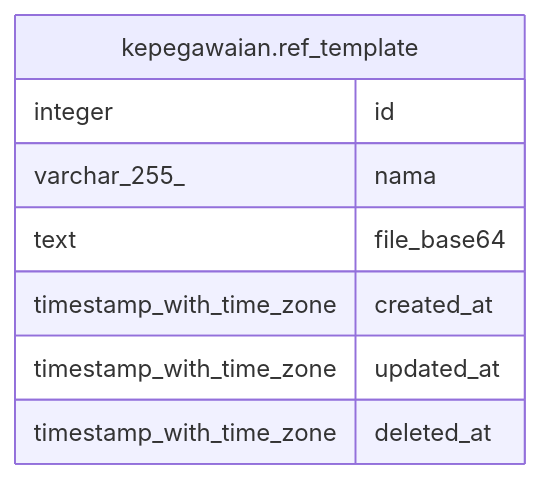
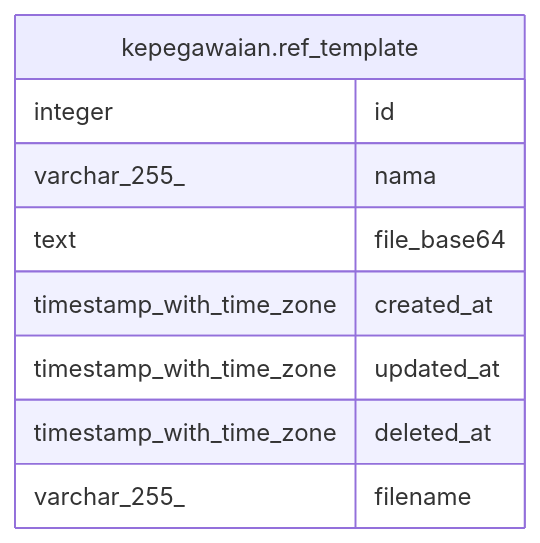
One commit to nandanugg/triforce.nvim changed the diagram in services/kepegawaian/docs/db/kepegawaian.ref_template.md. Above: the diagram before and after it, drawn with Mermaid. The commit also changed other lines of this file and 54 other files, not shown here.

````diff
--- a/services/kepegawaian/docs/db/kepegawaian.ref_template.md
+++ b/services/kepegawaian/docs/db/kepegawaian.ref_template.md
@@ -30,13 +31,14 @@
 ```mermaid
 erDiagram
 
 
 "kepegawaian.ref_template" {
   integer id
   varchar_255_ nama
   text file_base64
   timestamp_with_time_zone created_at
   timestamp_with_time_zone updated_at
   timestamp_with_time_zone deleted_at
+  varchar_255_ filename
 }
 ```
````
